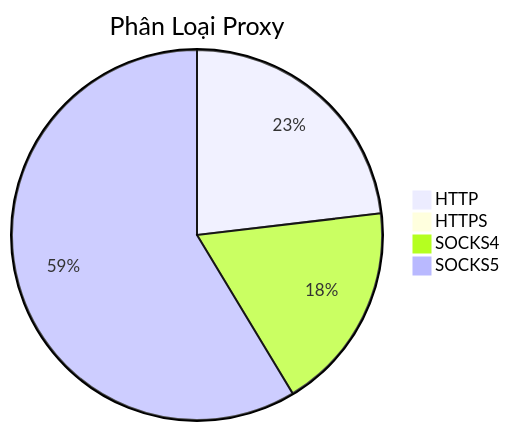
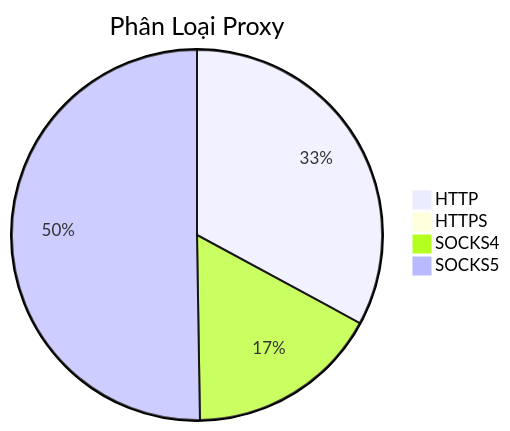
The diagram in README.md (Ciara-12/PROXY-free), drawn with Mermaid before and after one commit. The commit also changed other lines of this file and 4 other files, not shown here.

````diff
--- a/README.md
+++ b/README.md
@@ -26,7 +26,7 @@
 ```mermaid
 pie title Phân Loại Proxy
-    "HTTP" : 471
-    "HTTPS" : 0
-    "SOCKS4" : 371
-    "SOCKS5" : 1194
+    "HTTP" : 777
+    "HTTPS" : 1
+    "SOCKS4" : 398
+    "SOCKS5" : 1187
 ```
````
